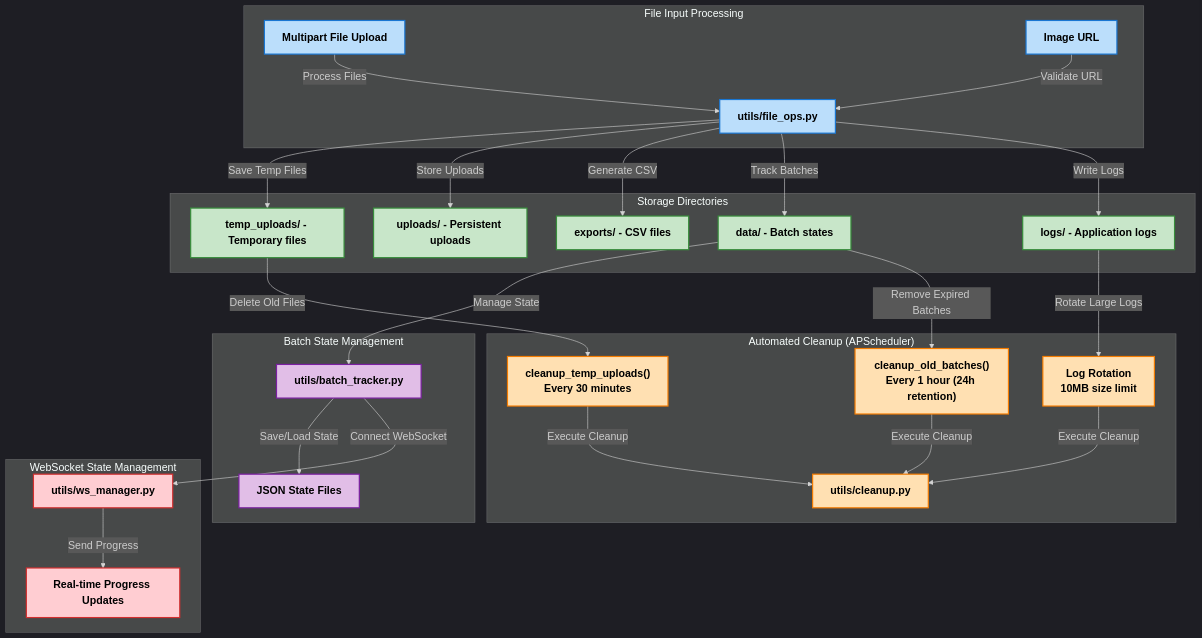
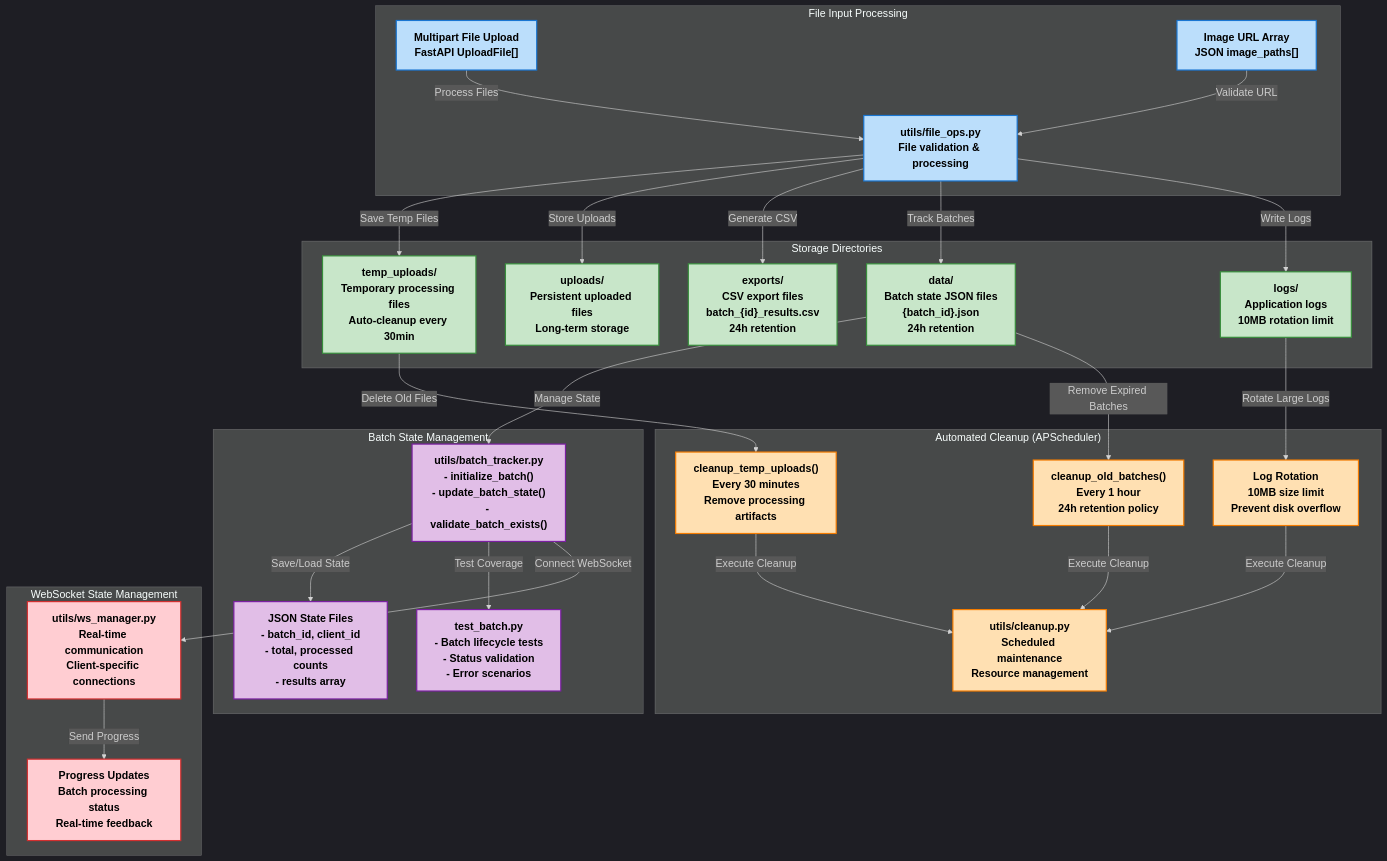
The eighth of 9 diagrams in README.md (Dhruv0306/SymphonyProject1), drawn with Mermaid before and after one commit. The commit also changed other lines of this file and 36 other files, not shown here.

First line of the commit message:
docs: enhance architecture and feature documentation

````diff
--- a/README.md
+++ b/README.md
@@ -465,51 +620,53 @@
 ```mermaid
 %%{init: {'theme': 'dark', 'themeVariables': { 'fontFamily': 'arial', 'fontSize': '18px', 'fontWeight': 'bold'}}}%%
 graph TD
     subgraph "File Input Processing"
         style A1 fill:#bbdefb,stroke:#1976d2,stroke-width:2px,color:#000000,font-weight:bold
         style A2 fill:#bbdefb,stroke:#1976d2,stroke-width:2px,color:#000000,font-weight:bold
         style A3 fill:#bbdefb,stroke:#1976d2,stroke-width:2px,color:#000000,font-weight:bold
-        A1["Multipart File Upload"] -->|"Process Files"| A3["utils/file_ops.py"]
-        A2["Image URL"] -->|"Validate URL"| A3
+        A1["Multipart File Upload<br/>FastAPI UploadFile[]"] -->|"Process Files"| A3["utils/file_ops.py<br/>File validation & processing"]
+        A2["Image URL Array<br/>JSON image_paths[]"] -->|"Validate URL"| A3
     end
 
     subgraph "Storage Directories"
         style B1 fill:#c8e6c9,stroke:#388e3c,stroke-width:2px,color:#000000,font-weight:bold
         style B2 fill:#c8e6c9,stroke:#388e3c,stroke-width:2px,color:#000000,font-weight:bold
         style B3 fill:#c8e6c9,stroke:#388e3c,stroke-width:2px,color:#000000,font-weight:bold
         style B4 fill:#c8e6c9,stroke:#388e3c,stroke-width:2px,color:#000000,font-weight:bold
         style B5 fill:#c8e6c9,stroke:#388e3c,stroke-width:2px,color:#000000,font-weight:bold
-        A3 -->|"Save Temp Files"| B1["temp_uploads/ - Temporary files"]
-        A3 -->|"Store Uploads"| B2["uploads/ - Persistent uploads"]
-        A3 -->|"Generate CSV"| B3["exports/ - CSV files"]
-        A3 -->|"Track Batches"| B4["data/ - Batch states"]
-        A3 -->|"Write Logs"| B5["logs/ - Application logs"]
+        A3 -->|"Save Temp Files"| B1["temp_uploads/<br/>Temporary processing files<br/>Auto-cleanup every 30min"]
+        A3 -->|"Store Uploads"| B2["uploads/<br/>Persistent uploaded files<br/>Long-term storage"]
+        A3 -->|"Generate CSV"| B3["exports/<br/>CSV export files<br/>batch_{id}_results.csv<br/>24h retention"]
+        A3 -->|"Track Batches"| B4["data/<br/>Batch state JSON files<br/>{batch_id}.json<br/>24h retention"]
+        A3 -->|"Write Logs"| B5["logs/<br/>Application logs<br/>10MB rotation limit"]
     end
 
     subgraph "Batch State Management"
         style C1 fill:#e1bee7,stroke:#7b1fa2,stroke-width:2px,color:#000000,font-weight:bold
         style C2 fill:#e1bee7,stroke:#7b1fa2,stroke-width:2px,color:#000000,font-weight:bold
-        B4 -->|"Manage State"| C1["utils/batch_tracker.py"]
-        C1 -->|"Save/Load State"| C2["JSON State Files"]
+        style C3 fill:#e1bee7,stroke:#7b1fa2,stroke-width:2px,color:#000000,font-weight:bold
+        B4 -->|"Manage State"| C1["utils/batch_tracker.py<br/>- initialize_batch()<br/>- update_batch_state()<br/>- validate_batch_exists()"]
+        C1 -->|"Save/Load State"| C2["JSON State Files<br/>- batch_id, client_id<br/>- total, processed counts<br/>- results array"]
+        C1 -->|"Test Coverage"| C3["test_batch.py<br/>- Batch lifecycle tests<br/>- Status validation<br/>- Error scenarios"]
     end
 
     subgraph "Automated Cleanup (APScheduler)"
         style D1 fill:#ffe0b2,stroke:#f57c00,stroke-width:2px,color:#000000,font-weight:bold
         style D2 fill:#ffe0b2,stroke:#f57c00,stroke-width:2px,color:#000000,font-weight:bold
         style D3 fill:#ffe0b2,stroke:#f57c00,stroke-width:2px,color:#000000,font-weight:bold
         style D4 fill:#ffe0b2,stroke:#f57c00,stroke-width:2px,color:#000000,font-weight:bold
-        B1 -->|"Delete Old Files"| D1["cleanup_temp_uploads()<br/>Every 30 minutes"]
-        B4 -->|"Remove Expired Batches"| D2["cleanup_old_batches()<br/>Every 1 hour (24h retention)"]
-        B5 -->|"Rotate Large Logs"| D3["Log Rotation<br/>10MB size limit"]
-        D1 -->|"Execute Cleanup"| D4["utils/cleanup.py"]
+        B1 -->|"Delete Old Files"| D1["cleanup_temp_uploads()<br/>Every 30 minutes<br/>Remove processing artifacts"]
+        B4 -->|"Remove Expired Batches"| D2["cleanup_old_batches()<br/>Every 1 hour<br/>24h retention policy"]
+        B5 -->|"Rotate Large Logs"| D3["Log Rotation<br/>10MB size limit<br/>Prevent disk overflow"]
+        D1 -->|"Execute Cleanup"| D4["utils/cleanup.py<br/>Scheduled maintenance<br/>Resource management"]
         D2 -->|"Execute Cleanup"| D4
         D3 -->|"Execute Cleanup"| D4
     end
 
     subgraph "WebSocket State Management"
         style E1 fill:#ffcdd2,stroke:#d32f2f,stroke-width:2px,color:#000000,font-weight:bold
         style E2 fill:#ffcdd2,stroke:#d32f2f,stroke-width:2px,color:#000000,font-weight:bold
-        C1 -->|"Connect WebSocket"| E1["utils/ws_manager.py"]
-        E1 -->|"Send Progress"| E2["Real-time Progress Updates"]
+        C1 -->|"Connect WebSocket"| E1["utils/ws_manager.py<br/>Real-time communication<br/>Client-specific connections"]
+        E1 -->|"Send Progress"| E2["Progress Updates<br/>Batch processing status<br/>Real-time feedback"]
     end
 ```
````
